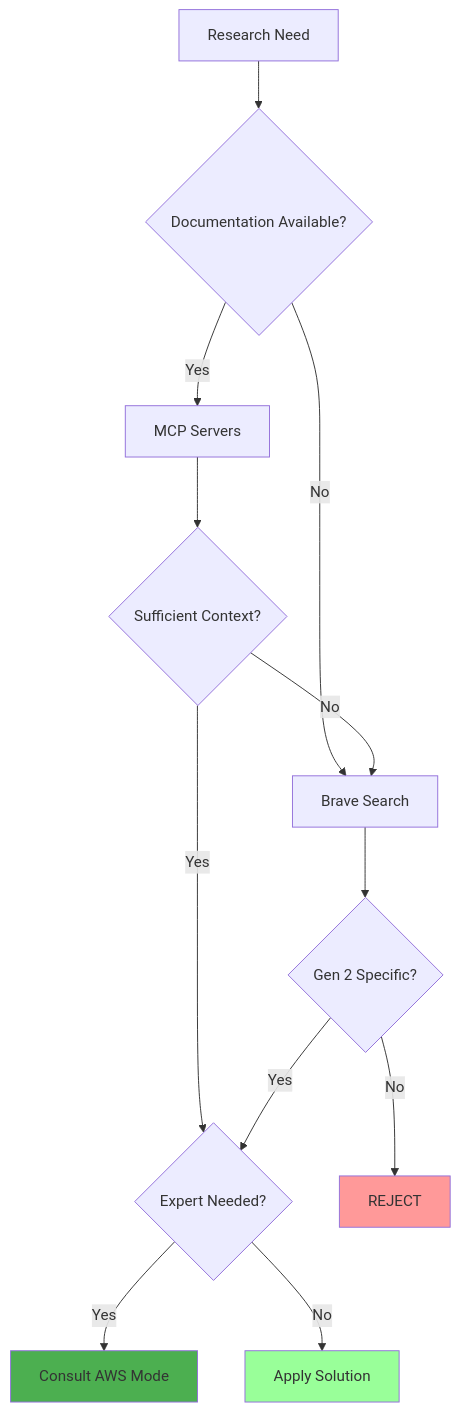
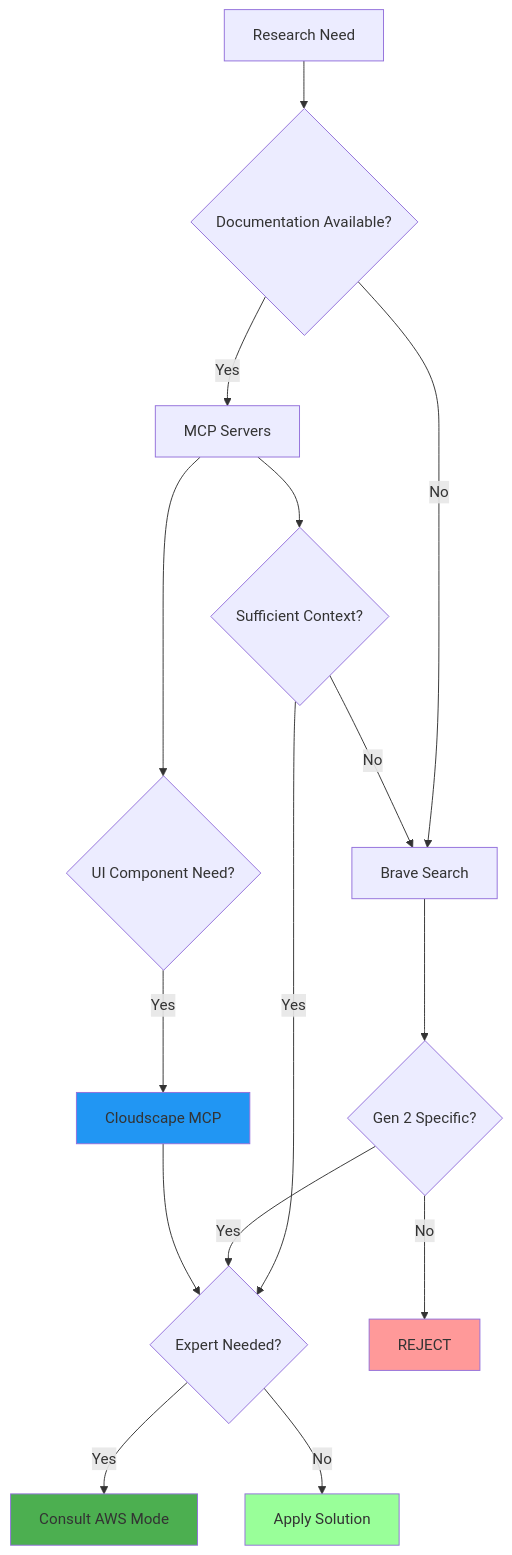
The second of 4 diagrams in AmplifyForge-mode.md (jigza/maestro), drawn with Mermaid before and after one commit. The commit also changed other lines of this file and 4 other files, not shown here.

````diff
--- a/AmplifyForge-mode.md
+++ b/AmplifyForge-mode.md
@@ -118,18 +119,22 @@
 ```mermaid
 graph TD
     A[Research Need] --> B{Documentation Available?}
     B -->|Yes| C[MCP Servers]
     B -->|No| D[Brave Search]
     C --> E{Sufficient Context?}
     E -->|No| D
     E -->|Yes| F{Expert Needed?}
     D --> G{Gen 2 Specific?}
     G -->|No| H[REJECT]
     G -->|Yes| F
     F -->|Yes| I[Consult AWS Mode]
     F -->|No| J[Apply Solution]
+    C --> K{UI Component Need?}
+    K -->|Yes| L[Cloudscape MCP]
+    L --> F
     
     style J fill:#99ff99
     style H fill:#ff9999
     style I fill:#4CAF50
+    style L fill:#2196F3
 ```
````
